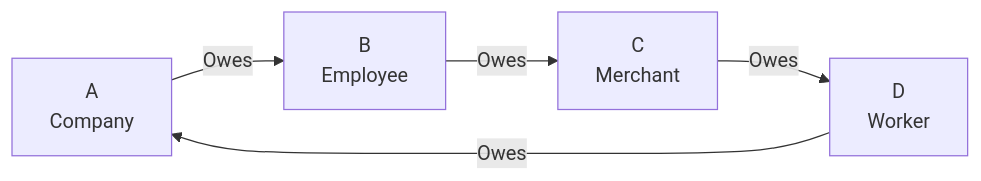
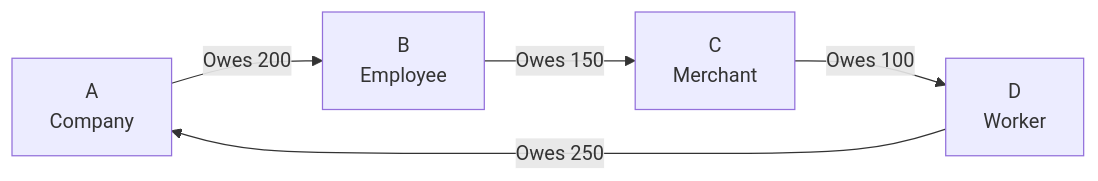
One commit to gotchoices/MyCHIPs changed the second of 4 diagrams in test/analysis/byzantine/CONTEXT.md. Above: the diagram before and after it, drawn with Mermaid. The commit also changed other lines of this file, not shown here.

````diff
--- a/test/analysis/byzantine/CONTEXT.md
+++ b/test/analysis/byzantine/CONTEXT.md
@@ -152,7 +428,7 @@
 ```mermaid
 graph LR
-    A[A<br/>Company] -->|"Owes"| B[B<br/>Employee]
-    B -->|"Owes"| C[C<br/>Merchant]
-    C -->|"Owes"| D[D<br/>Worker]
-    D -->|"Owes"| A
+    A[A<br/>Company] -->|"Owes 200"| B[B<br/>Employee]
+    B -->|"Owes 150"| C[C<br/>Merchant]
+    C -->|"Owes 100"| D[D<br/>Worker]
+    D -->|"Owes 250"| A
 ```
````
